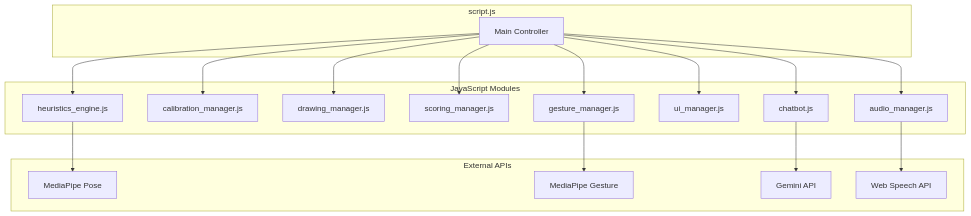
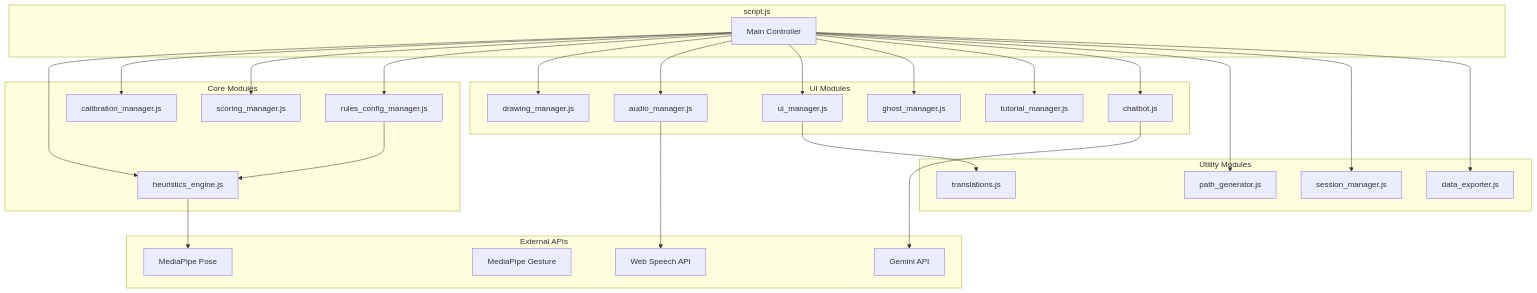
The fifth of 5 diagrams in docs/ARCHITECTURE.md (vyut/TaijiFlow), drawn with Mermaid before and after one commit. The commit also changed other lines of this file and 15 other files, not shown here.

Commit message:
docs: Add comprehensive project and code documentation, including a development roadmap, and refine data collector output details.

````diff
--- a/docs/ARCHITECTURE.md
+++ b/docs/ARCHITECTURE.md
@@ -90,38 +257,56 @@
 ```mermaid
 flowchart TB
     subgraph Main["script.js"]
         M["Main Controller"]
     end
     
-    subgraph Modules["JavaScript Modules"]
+    subgraph Core["Core Modules"]
         H["heuristics_engine.js"]
         C["calibration_manager.js"]
+        S["scoring_manager.js"]
+        RC["rules_config_manager.js"]
+    end
+    
+    subgraph UI["UI Modules"]
         D["drawing_manager.js"]
-        S["scoring_manager.js"]
         A["audio_manager.js"]
         U["ui_manager.js"]
-        G["gesture_manager.js"]
-        CH["chatbot.js"]
+        G["ghost_manager.js"]
+        TU["tutorial_manager.js"]
+        CB["chatbot.js"]
+    end
+    
+    subgraph Utility["Utility Modules"]
+        PG["path_generator.js"]
+        SM["session_manager.js"]
+        TR["translations.js"]
+        DE["data_exporter.js"]
     end
     
     subgraph External["External APIs"]
         MP["MediaPipe Pose"]
         MG["MediaPipe Gesture"]
         GM["Gemini API"]
         WS["Web Speech API"]
     end
     
     M --> H
     M --> C
+    M --> S
+    M --> RC
     M --> D
-    M --> S
     M --> A
     M --> U
     M --> G
-    M --> CH
+    M --> TU
+    M --> CB
+    M --> PG
+    M --> SM
+    M --> DE
     
+    RC --> H
+    U --> TR
     H --> MP
-    G --> MG
-    CH --> GM
     A --> WS
+    CB --> GM
 ```
````
